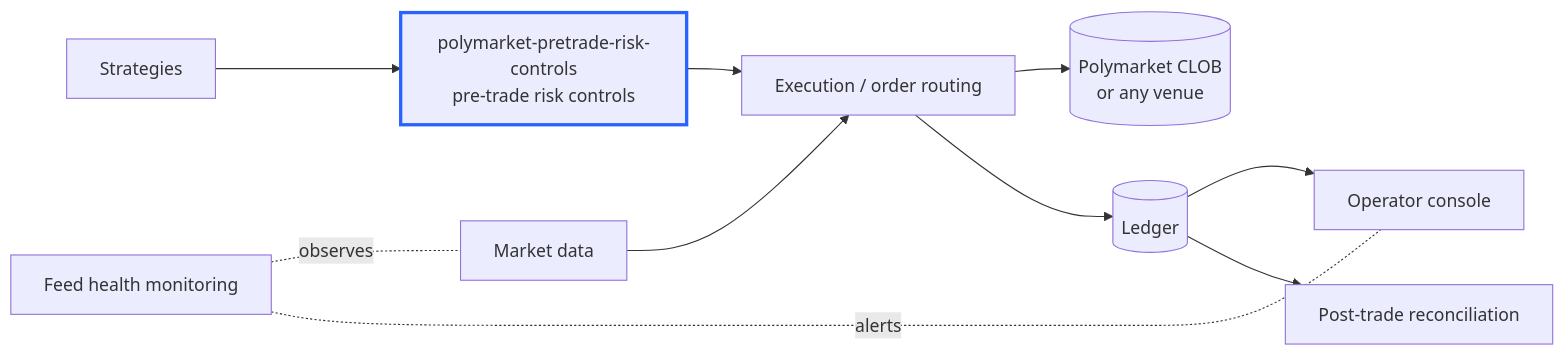
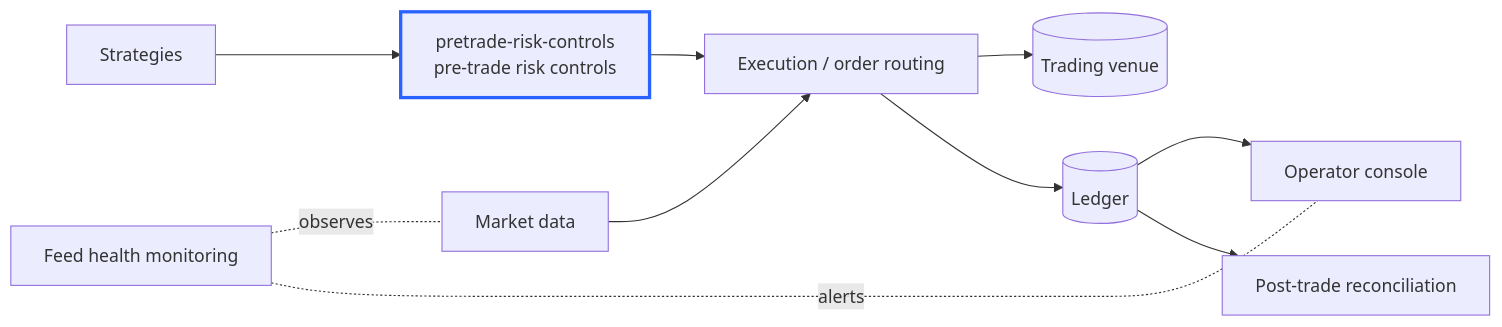
One commit to zayansalman/pretrade-risk-controls changed the first of 3 diagrams in README.md. Above: the diagram before and after it, drawn with Mermaid. The commit also changed other lines of this file and 2 other files, not shown here.

First line of the commit message:
refactor: name the distribution pretrade-risk-controls

````diff
--- a/README.md
+++ b/README.md
@@ -251,14 +249,14 @@
 ```mermaid
 flowchart LR
-    S[Strategies] --> R["polymarket-pretrade-risk-controls<br/>pre-trade risk controls"]
+    S[Strategies] --> R["pretrade-risk-controls<br/>pre-trade risk controls"]
     D[Market data] --> E
     R --> E[Execution / order routing]
-    E --> V[(Polymarket CLOB<br/>or any venue)]
+    E --> V[(Trading venue)]
     E --> L[(Ledger)]
     L --> C[Operator console]
     L --> P[Post-trade reconciliation]
     F[Feed health monitoring] -.observes.- D
     F -.alerts.- C
     classDef here stroke-width:3px,stroke:#2962ff
     class R here
 ```
````
